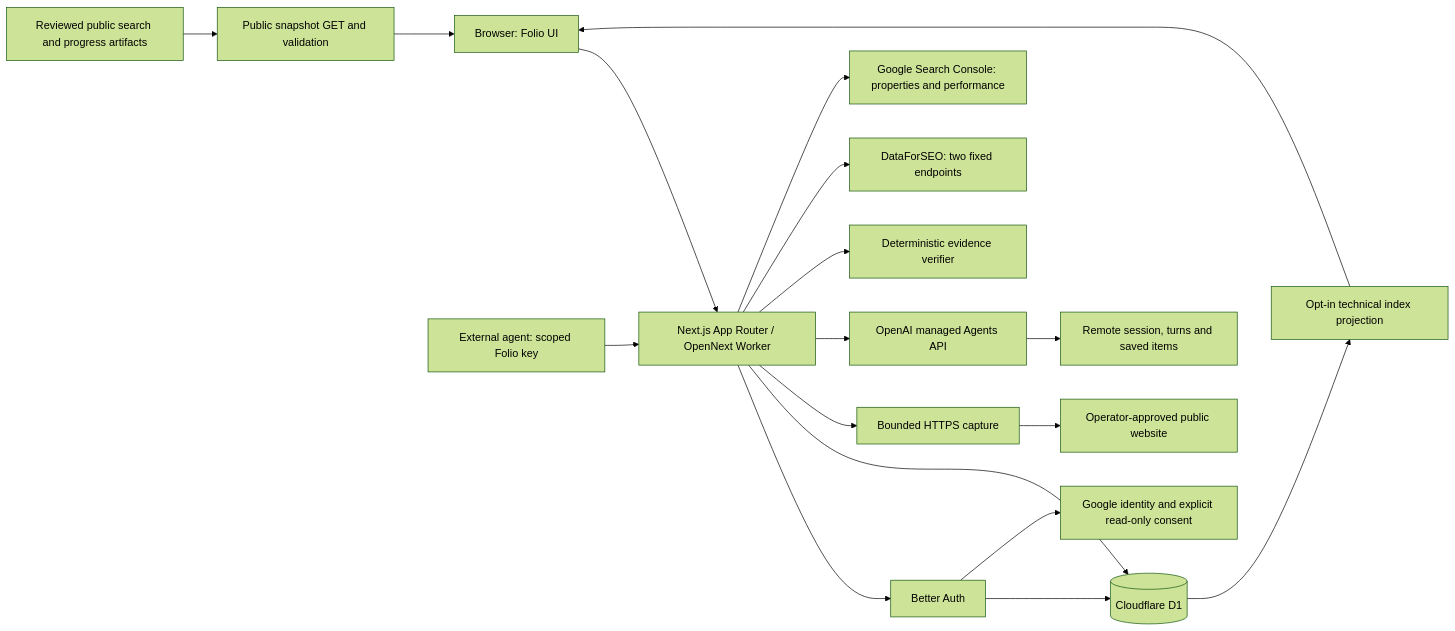
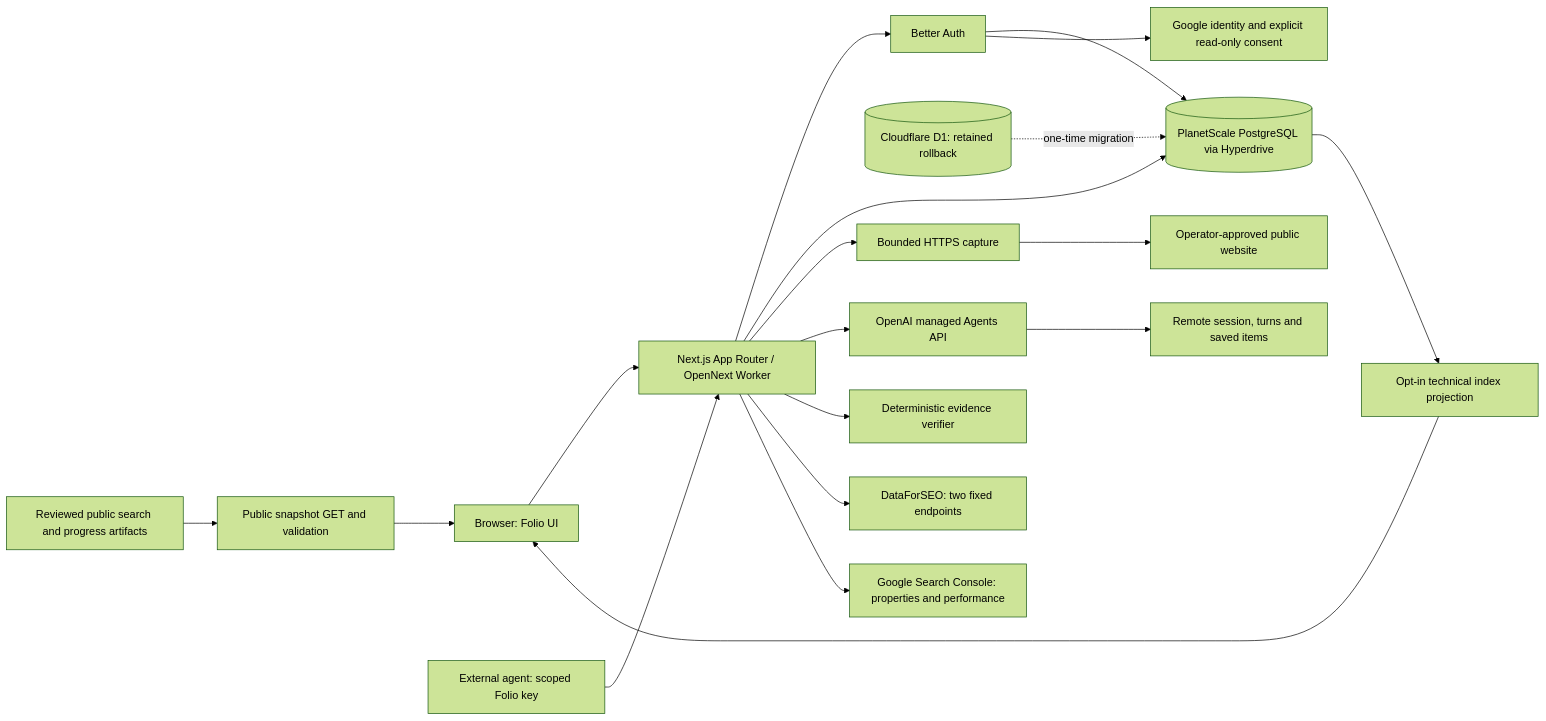
The diagram in ARCHITECTURE.md (justrach/folio), drawn with Mermaid (forest theme) before and after one commit. The commit also changed other lines of this file and 123 other files, not shown here.

````diff
--- a/ARCHITECTURE.md
+++ b/ARCHITECTURE.md
@@ -9,20 +9,21 @@
 ```mermaid
 flowchart LR
   Browser[Browser: Folio UI] --> Next[Next.js App Router / OpenNext Worker]
   Client[External agent: scoped Folio key] --> Next
   Next --> Auth[Better Auth]
-  Auth --> D1[(Cloudflare D1)]
-  Next --> D1
+  Auth --> PG[(PlanetScale PostgreSQL via Hyperdrive)]
+  Next --> PG
+  D1[(Cloudflare D1: retained rollback)] -. one-time migration .-> PG
   Next --> Capture[Bounded HTTPS capture]
   Capture --> Website[Operator-approved public website]
   Next --> Agents[OpenAI managed Agents API]
   Agents --> Saved[Remote session, turns and saved items]
   Next --> Verify[Deterministic evidence verifier]
   Next --> SEO[DataForSEO: two fixed endpoints]
   Auth --> Google[Google identity and explicit read-only consent]
   Next --> GSC[Google Search Console: properties and performance]
-  D1 --> Public[Opt-in technical index projection]
+  PG --> Public[Opt-in technical index projection]
   Public --> Browser
   Artifact[Reviewed public search and progress artifacts] --> PublicDashboard[Public snapshot GET and validation]
   PublicDashboard --> Browser
 ```
````
